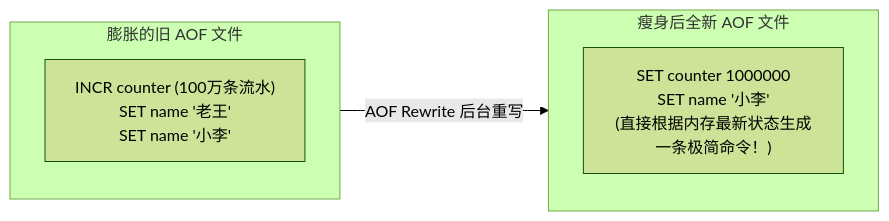
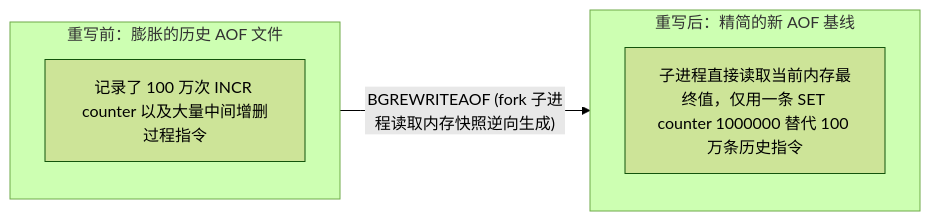
The fourth of 5 diagrams in 20-Java后端/05-数据库与存储/06-Redis持久化-RDB-AOF.md (GuoWWWX/knowledge-base), drawn with Mermaid (forest theme) before and after one commit. The commit also changed other lines of this file and 251 other files, not shown here.

````diff
--- a/20-Java后端/05-数据库与存储/06-Redis持久化-RDB-AOF.md
+++ b/20-Java后端/05-数据库与存储/06-Redis持久化-RDB-AOF.md
@@ -107,12 +147,12 @@
 ```mermaid
 flowchart LR
-    subgraph Old["膨胀的旧 AOF 文件"]
-        O1["INCR counter (100万条流水)<br/>SET name '老王'<br/>SET name '小李'"]
+    subgraph OldAOF["重写前：膨胀的历史 AOF 文件"]
+        O1["记录了 100 万次 INCR counter 以及大量中间增删过程指令"]
     end
 
-    subgraph New["瘦身后全新 AOF 文件"]
-        N1["SET counter 1000000<br/>SET name '小李'<br/>(直接根据内存最新状态生成一条极简命令！)"]
+    subgraph NewAOF["重写后：精简的新 AOF 基线"]
+        N1["子进程直接读取当前内存最终值，仅用一条 SET counter 1000000 替代 100 万条历史指令"]
     end
 
-    Old -->|"AOF Rewrite 后台重写"| New
+    OldAOF -->|"BGREWRITEAOF (fork 子进程读取内存快照逆向生成)"| NewAOF
 ```
````
